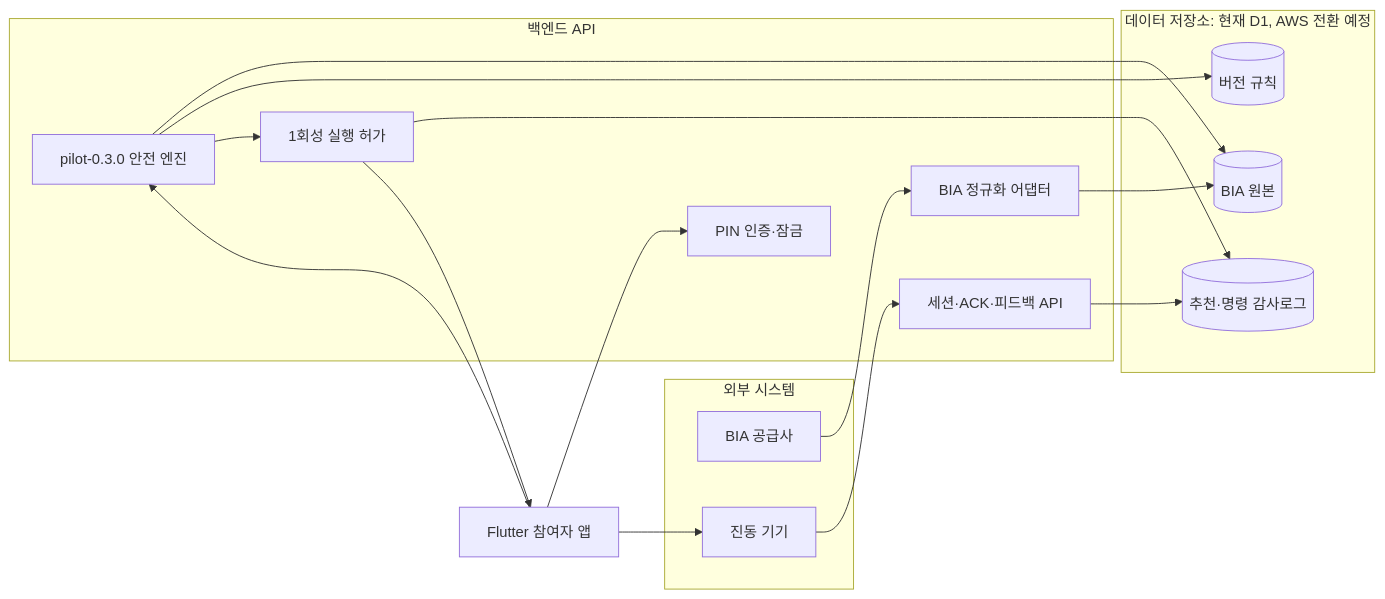
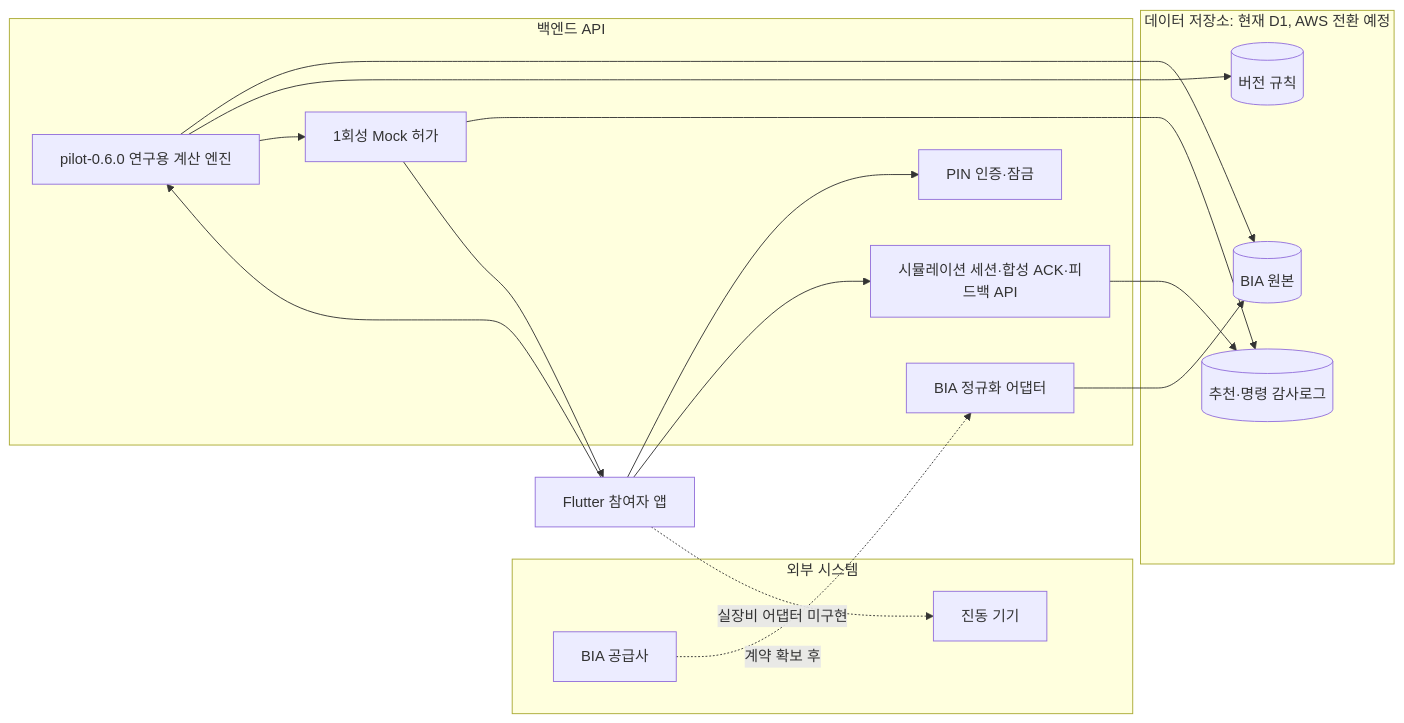
One commit to Dowon-Kang/vibecare-pilot changed the third of 4 diagrams in docs/architecture.md. Above: the diagram before and after it, drawn with Mermaid. The commit also changed other lines of this file and 45 other files, not shown here.

````diff
--- a/docs/architecture.md
+++ b/docs/architecture.md
@@ -64,30 +60,30 @@
 ```mermaid
 flowchart LR
     subgraph External[외부 시스템]
         BIA[BIA 공급사]
         DEVICE[진동 기기]
     end
 
     subgraph Backend[백엔드 API]
         AUTH[PIN 인증·잠금]
         ADAPTER[BIA 정규화 어댑터]
-        ENGINE[pilot-0.3.0 안전 엔진]
-        AUTHORIZE[1회성 실행 허가]
-        SESSION[세션·ACK·피드백 API]
+        ENGINE[pilot-0.6.0 연구용 계산 엔진]
+        AUTHORIZE[1회성 Mock 허가]
+        SESSION[시뮬레이션 세션·합성 ACK·피드백 API]
     end
 
     subgraph Storage[데이터 저장소: 현재 D1, AWS 전환 예정]
         RAW[(BIA 원본)]
         RULES[(버전 규칙)]
         AUDIT[(추천·명령 감사로그)]
     end
 
     APP[Flutter 참여자 앱] --> AUTH
-    BIA --> ADAPTER --> RAW
+    BIA -. 계약 확보 후 .-> ADAPTER --> RAW
     APP --> ENGINE
     ENGINE --> RAW
     ENGINE --> RULES
     ENGINE --> AUTHORIZE --> AUDIT
-    AUTHORIZE --> APP --> DEVICE
-    DEVICE --> SESSION --> AUDIT
+    AUTHORIZE --> APP --> SESSION --> AUDIT
+    APP -. 실장비 어댑터 미구현 .-> DEVICE
 ```
````
